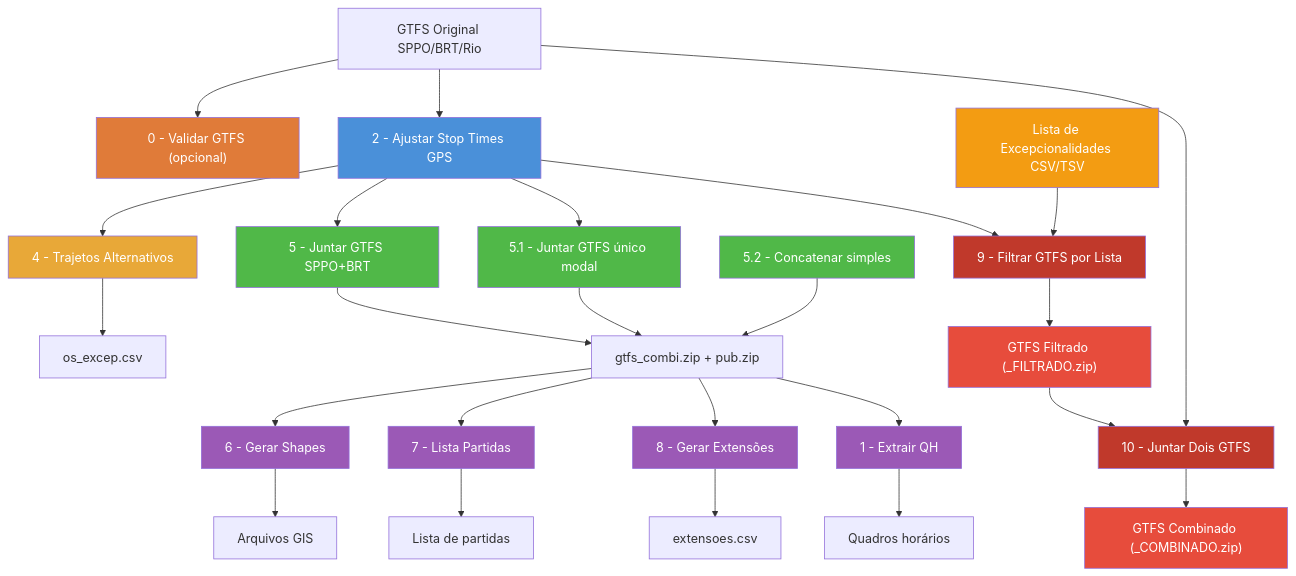
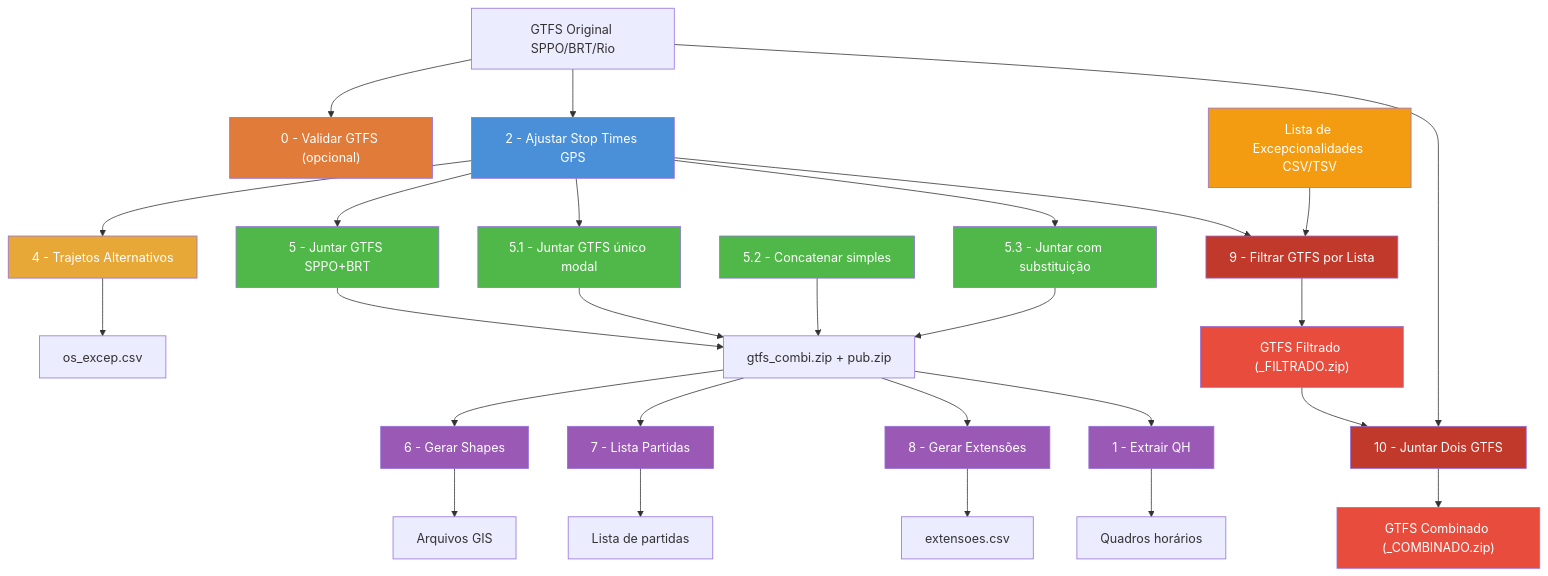
One commit to Fcsgeo82/processar_gtfs changed the diagram in README.md. Above: the diagram before and after it, drawn with Mermaid. The commit also changed other lines of this file and 11 other files, not shown here.

````diff
--- a/README.md
+++ b/README.md
@@ -234,65 +246,69 @@
 ```mermaid
 graph TD
     ENTRADA["GTFS Original SPPO/BRT/Rio"]
     A0["0 - Validar GTFS (opcional)"]
     B["2 - Ajustar Stop Times GPS"]
     D["4 - Trajetos Alternativos"]
     E5["5 - Juntar GTFS SPPO+BRT"]
     E51["5.1 - Juntar GTFS único modal"]
     E52["5.2 - Concatenar simples"]
+    E53["5.3 - Juntar com substituição"]
     E9["9 - Filtrar GTFS por Lista"]
     E10["10 - Juntar Dois GTFS"]
     PUB["gtfs_combi.zip + pub.zip"]
     FILTRADO["GTFS Filtrado (_FILTRADO.zip)"]
     COMBINADO["GTFS Combinado (_COMBINADO.zip)"]
     F["6 - Gerar Shapes"]
     G["7 - Lista Partidas"]
     H["8 - Gerar Extensões"]
     A["1 - Extrair QH"]
     OUT4["os_excep.csv"]
     OUT6["Arquivos GIS"]
     OUT7["Lista de partidas"]
     OUT8["extensoes.csv"]
     OUT1["Quadros horários"]
     LISTA["Lista de Excepcionalidades CSV/TSV"]
-
+ 
     ENTRADA --> A0
     ENTRADA --> B
     B --> D
     B --> E5
     B --> E51
+    B --> E53
     B --> E9
     D --> OUT4
     LISTA --> E9
     E9 --> FILTRADO
     FILTRADO --> E10
     ENTRADA --> E10
     E10 --> COMBINADO
     E5 --> PUB
     E51 --> PUB
     E52 --> PUB
+    E53 --> PUB
     PUB --> F
     PUB --> G
     PUB --> H
     PUB --> A
     F --> OUT6
     G --> OUT7
     H --> OUT8
     A --> OUT1
-
+ 
     style A0 fill:#e07b39,color:#fff
     style B fill:#4a90d9,color:#fff
     style D fill:#e8a838,color:#fff
     style E5 fill:#50b848,color:#fff
     style E51 fill:#50b848,color:#fff
     style E52 fill:#50b848,color:#fff
+    style E53 fill:#50b848,color:#fff
     style E9 fill:#c0392b,color:#fff
     style E10 fill:#c0392b,color:#fff
     style F fill:#9b59b6,color:#fff
     style G fill:#9b59b6,color:#fff
     style H fill:#9b59b6,color:#fff
     style A fill:#9b59b6,color:#fff
     style LISTA fill:#f39c12,color:#fff
     style FILTRADO fill:#e74c3c,color:#fff
     style COMBINADO fill:#e74c3c,color:#fff
 ```
````
